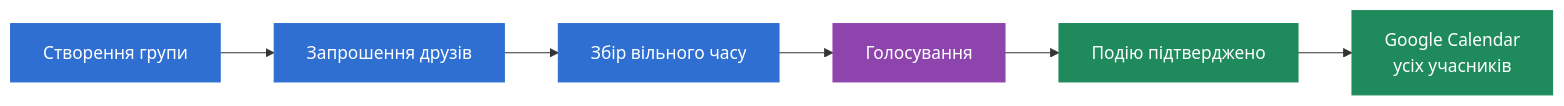
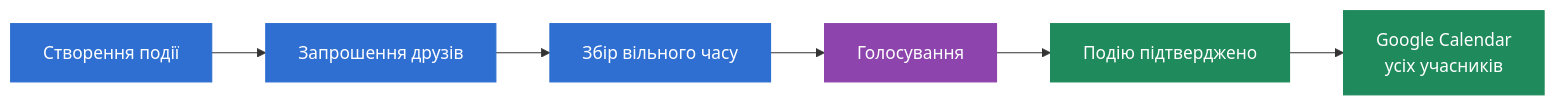
Before and after one commit to mzabrodin/PlanYourFriday: the diagram in README.md, drawn with Mermaid. The commit also changed other lines of this file, not shown here.

````diff
--- a/README.md
+++ b/README.md
@@ -9,15 +9,15 @@
 ```mermaid
 flowchart LR
-    A[Створення групи] --> B[Запрошення друзів]
+    A[Створення події] --> B[Запрошення друзів]
     B --> C[Збір вільного часу]
     C --> D[Голосування]
     D --> E[Подію підтверджено]
     E --> F[Google Calendar<br/>усіх учасників]
 
     classDef planning fill:#2e6fd1,stroke:#2e6fd1,color:#fff
     classDef voting fill:#8e44ad,stroke:#8e44ad,color:#fff
     classDef done fill:#1f8a5b,stroke:#1f8a5b,color:#fff
     class A,B,C planning
     class D voting
     class E,F done
 ```
````
